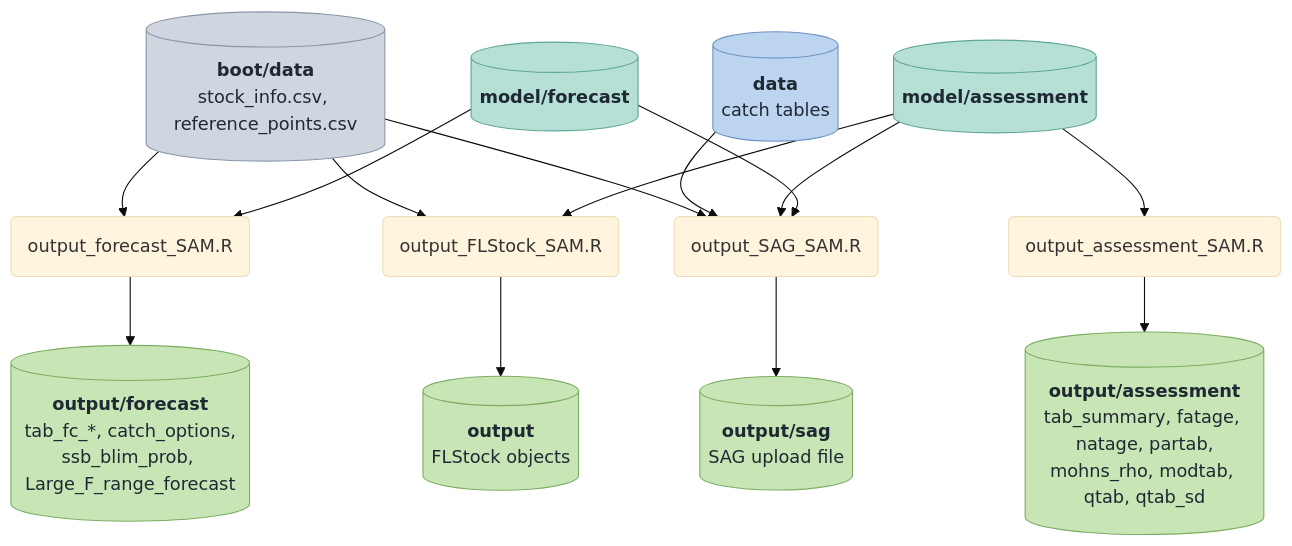
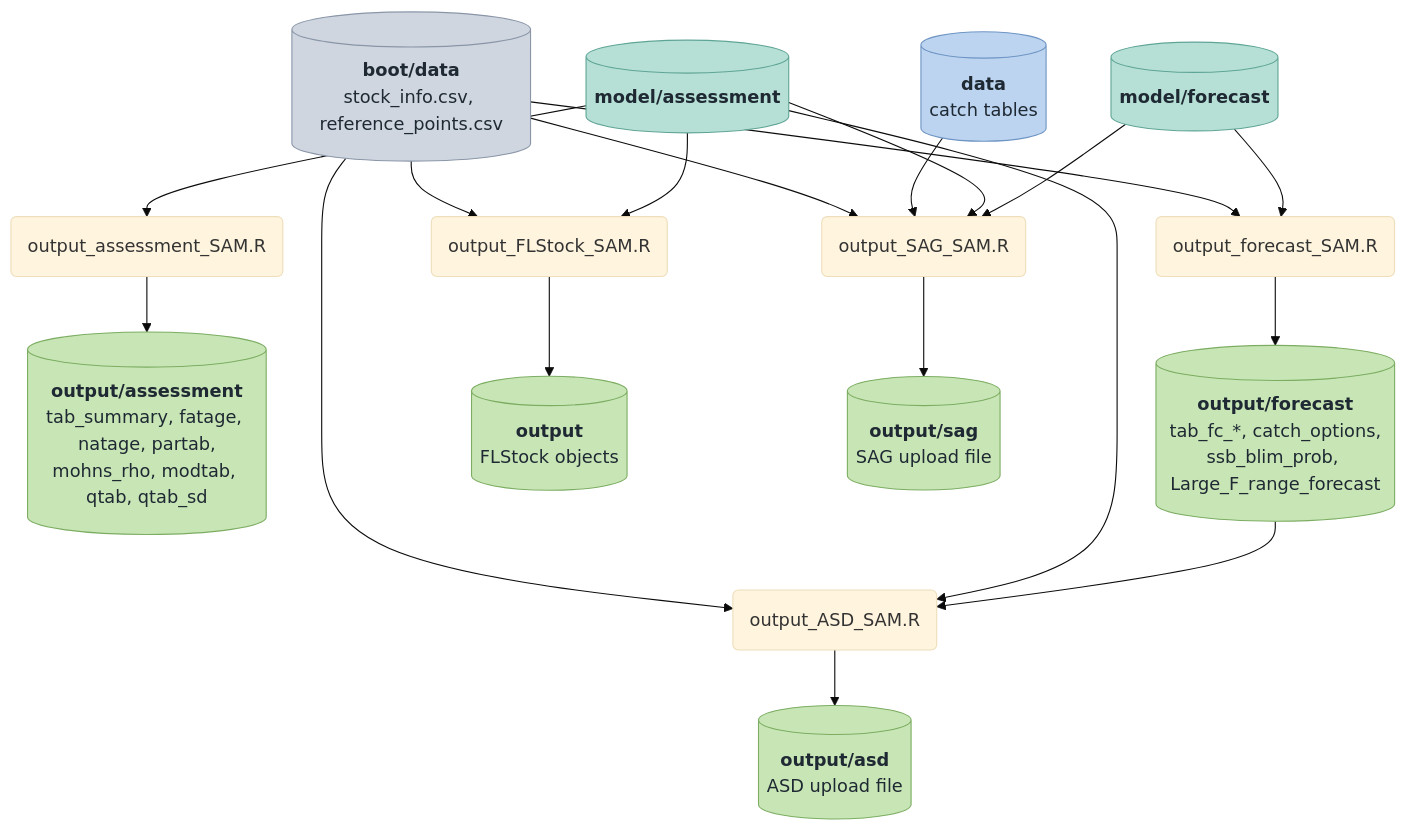
Before and after one commit to ices-tools-dev/SAM_taf_template: the fourth of 5 diagrams in README.Rmd, drawn with Mermaid (base theme). The commit also changed other lines of this file and 4 other files, not shown here.

Commit message:
Add ASD upload file, remove unused data validator

````diff
--- a/README.Rmd
+++ b/README.Rmd
@@ -122,33 +122,38 @@
 ```mermaid
 flowchart TD
   B[("<b>boot/data</b><br/>stock_info.csv, reference_points.csv")]
   D[("<b>data</b><br/>catch tables")]
   M1[("<b>model/assessment</b>")]
   M2[("<b>model/forecast</b>")]
   S1("output_assessment_SAM.R")
   S2("output_forecast_SAM.R")
   S3("output_FLStock_SAM.R")
   S4("output_SAG_SAM.R")
+  S5("output_ASD_SAM.R")
   O1[("<b>output/assessment</b><br/>tab_summary, fatage, natage, partab,<br/>mohns_rho, modtab, qtab, qtab_sd")]
   O2[("<b>output/forecast</b><br/>tab_fc_*, catch_options,<br/>ssb_blim_prob, Large_F_range_forecast")]
   O3[("<b>output</b><br/>FLStock objects")]
   O4[("<b>output/sag</b><br/>SAG upload file")]
+  O5[("<b>output/asd</b><br/>ASD upload file")]
   M1 --> S1 --> O1
   B --> S2
   M2 --> S2 --> O2
   B --> S3
   M1 --> S3 --> O3
   B --> S4
   D --> S4
   M1 --> S4
   M2 --> S4 --> O4
+  B --> S5
+  M1 --> S5
+  O2 --> S5 --> O5
   classDef boot fill:#cfd6e0,stroke:#8a96a8,color:#1f2933
   classDef data fill:#bcd4f0,stroke:#6f95c4,color:#1f2933
   classDef model fill:#b6e0d6,stroke:#5fa596,color:#1f2933
   classDef output fill:#c8e6b5,stroke:#7cad62,color:#1f2933
   classDef report fill:#f3d9a6,stroke:#c9a35a,color:#1f2933
   class B boot
   class D data
   class M1,M2 model
-  class O1,O2,O3,O4 output
+  class O1,O2,O3,O4,O5 output
 ```
````
